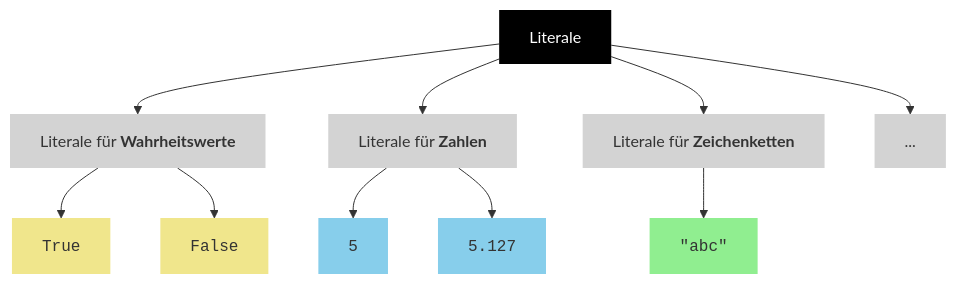
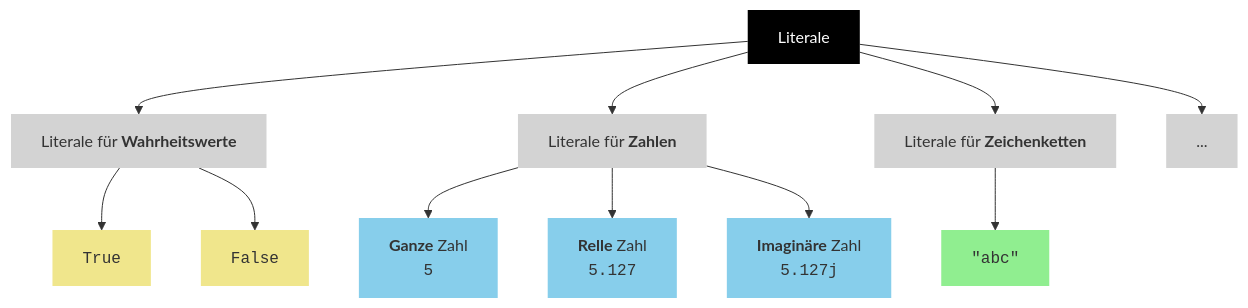
The diagram in Grafiken/Mermaid/Literale/Allgemein.mmd (ghackenberg/python-grundlagen-kurs), drawn with Mermaid before and after one commit. The commit also changed 8 other files, not shown here.

```diff
--- a/Grafiken/Mermaid/Literale/Allgemein.mmd
+++ b/Grafiken/Mermaid/Literale/Allgemein.mmd
@@ -1,31 +1,33 @@
 flowchart
 
     Literale
 
     Literale --> Boolsch["Literale für <b>Wahrheitswerte</b>"]
     Literale --> Numerisch["Literale für <b>Zahlen</b>"]
     Literale --> Zeichenketten["Literale für <b>Zeichenketten</b>"]
     Literale --> Weitere["..."]
 
     Boolsch --> True["<code>True</code>"]
     Boolsch --> False["<code>False</code>"]
 
-    Numerisch --> Ganz["<code>5</code>"]
-    Numerisch --> Bruch["<code>5.127</code>"]
+    Numerisch --> Ganz["<b>Ganze</b> Zahl<br/><code>5</code>"]
+    Numerisch --> Bruch["<b>Relle</b> Zahl<br/><code>5.127</code>"]
+    Numerisch --> Komplex["<b>Imaginäre</b> Zahl</br><code>5.127j</code>"]
 
     Zeichenketten --> String["<code>&quot;abc&quot;</code>"]
 
     style Literale fill:black,color:white,stroke-width:0px
 
     style Boolsch fill:lightgray,stroke-width:0px
     style Numerisch fill:lightgray,stroke-width:0px
     style Zeichenketten fill:lightgray,stroke-width:0px
     style Weitere fill:lightgray,stroke-width:0px
 
     style True fill:khaki,stroke-width:0px
     style False fill:khaki,stroke-width:0px
     
     style Ganz fill:skyblue,stroke-width:0px
     style Bruch fill:skyblue,stroke-width:0px
+    style Komplex fill:skyblue,stroke-width:0px
 
     style String fill:lightgreen,stroke-width:0px
```
